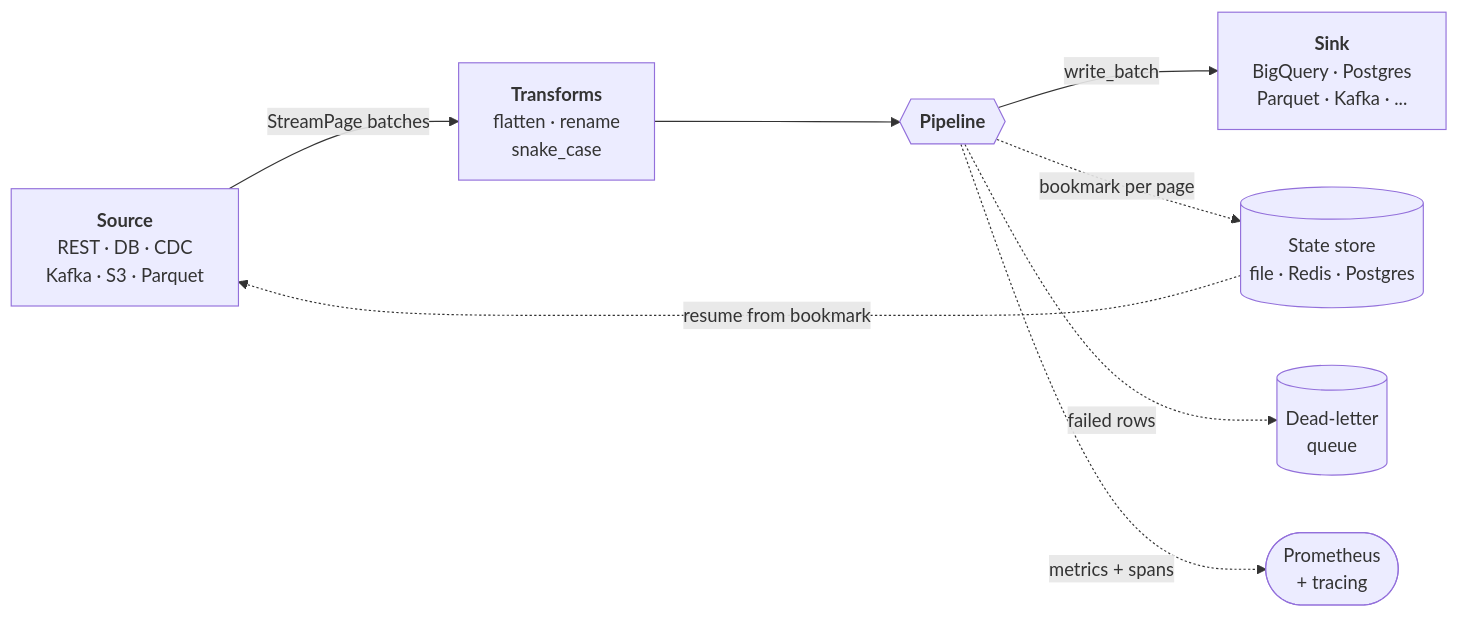
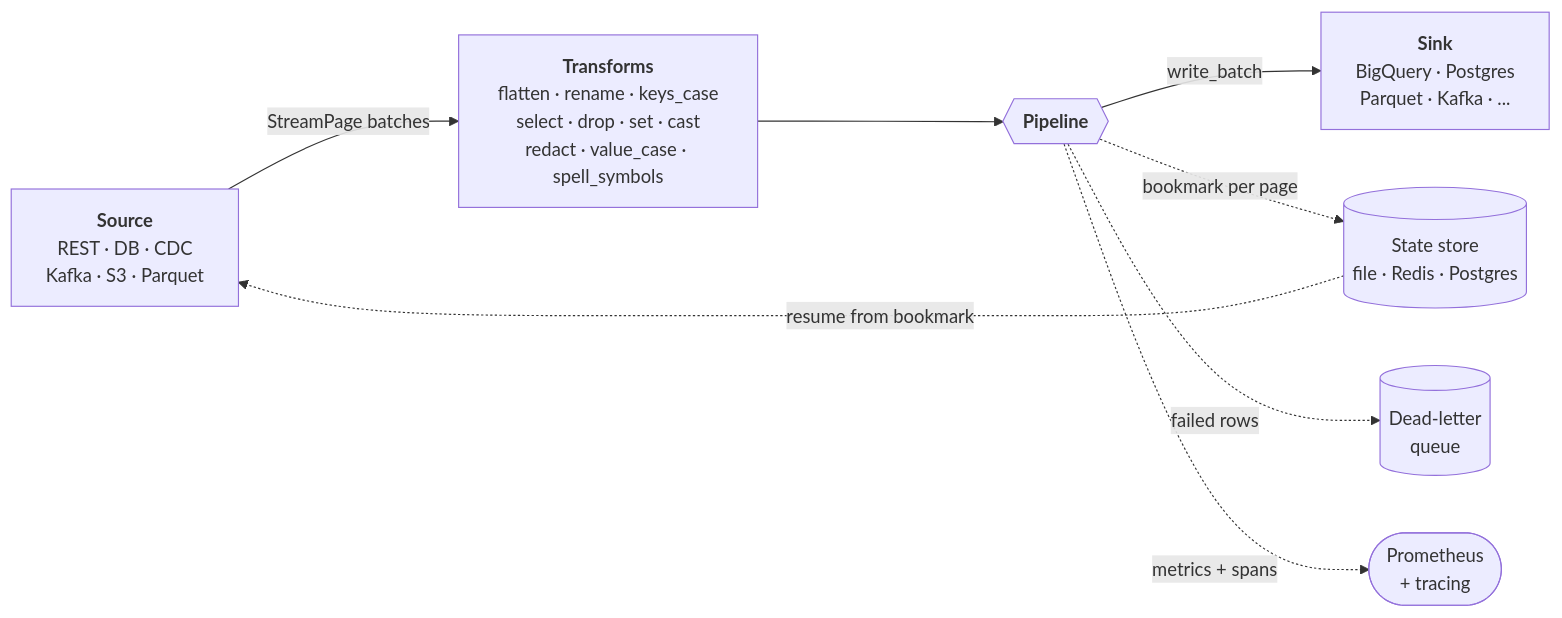
The diagram in README.md (PawanSikawat/faucet-stream), drawn with Mermaid before and after one commit. The commit also changed other lines of this file and 20 other files, not shown here.

First line of the commit message:
feat(transforms): add 8 config-exposed transforms, replace snake_case with keys_case

````diff
--- a/README.md
+++ b/README.md
@@ -132,16 +132,16 @@
 ```mermaid
 flowchart LR
     S["<b>Source</b><br/>REST · DB · CDC<br/>Kafka · S3 · Parquet"]
-    T["<b>Transforms</b><br/>flatten · rename<br/>snake_case"]
+    T["<b>Transforms</b><br/>flatten · rename · keys_case<br/>select · drop · set · cast<br/>redact · value_case · spell_symbols"]
     P{{"<b>Pipeline</b>"}}
     K["<b>Sink</b><br/>BigQuery · Postgres<br/>Parquet · Kafka · ..."]
     ST[("State store<br/>file · Redis · Postgres")]
     D[("Dead-letter<br/>queue")]
     O(["Prometheus<br/>+ tracing"])
 
     S -->|StreamPage batches| T --> P -->|write_batch| K
     P -.->|bookmark per page| ST
     ST -.->|resume from bookmark| S
     P -.->|failed rows| D
     P -.->|metrics + spans| O
 ```
````
